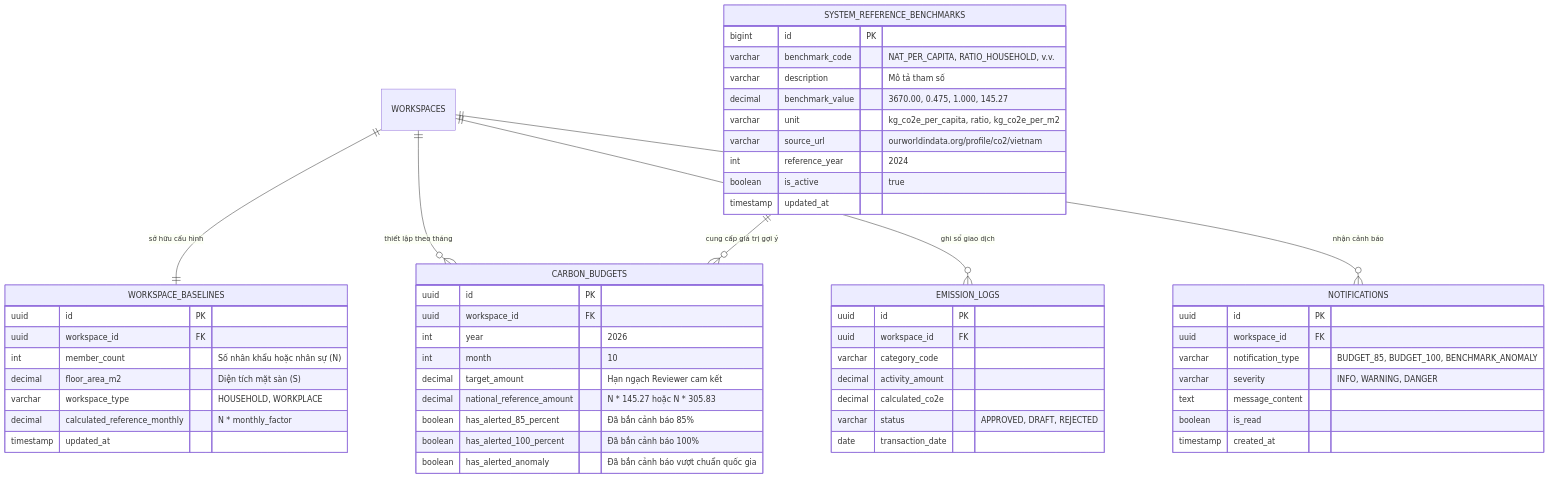
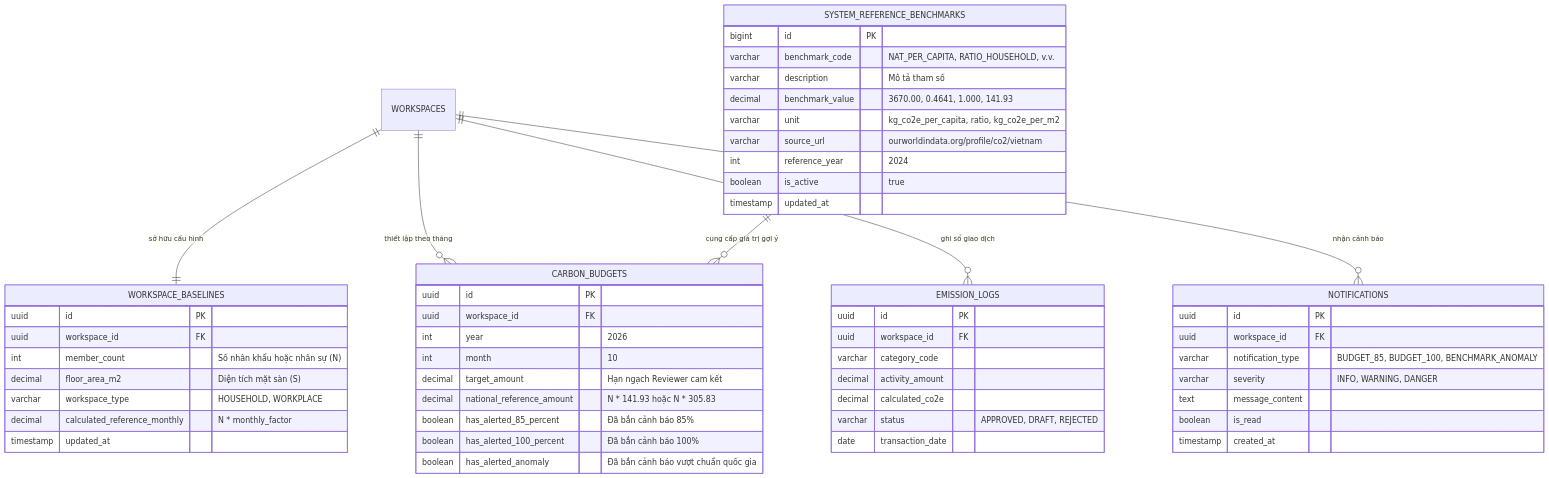
Before and after one commit to DatTienNguyenn/PMDC-BATCH4-DATNT250: the third of 4 diagrams in docs/emission-reference-benchmark.md, drawn with Mermaid. The commit also changed other lines of this file and 5 other files, not shown here.

````diff
--- a/docs/emission-reference-benchmark.md
+++ b/docs/emission-reference-benchmark.md
@@ -377,62 +377,62 @@
 ```mermaid
 erDiagram
     WORKSPACES ||--|| WORKSPACE_BASELINES : "sở hữu cấu hình"
     WORKSPACES ||--o{ CARBON_BUDGETS : "thiết lập theo tháng"
     WORKSPACES ||--o{ EMISSION_LOGS : "ghi sổ giao dịch"
     WORKSPACES ||--o{ NOTIFICATIONS : "nhận cảnh báo"
     SYSTEM_REFERENCE_BENCHMARKS ||--o{ CARBON_BUDGETS : "cung cấp giá trị gợi ý"
 
     SYSTEM_REFERENCE_BENCHMARKS {
         bigint id PK
         varchar benchmark_code "NAT_PER_CAPITA, RATIO_HOUSEHOLD, v.v."
         varchar description "Mô tả tham số"
-        decimal benchmark_value "3670.00, 0.475, 1.000, 145.27"
+        decimal benchmark_value "3670.00, 0.4641, 1.000, 141.93"
         varchar unit "kg_co2e_per_capita, ratio, kg_co2e_per_m2"
         varchar source_url "ourworldindata.org/profile/co2/vietnam"
         int reference_year "2024"
         boolean is_active "true"
         timestamp updated_at
     }
 
     WORKSPACE_BASELINES {
         uuid id PK
         uuid workspace_id FK
         int member_count "Số nhân khẩu hoặc nhân sự (N)"
         decimal floor_area_m2 "Diện tích mặt sàn (S)"
         varchar workspace_type "HOUSEHOLD, WORKPLACE"
         decimal calculated_reference_monthly "N * monthly_factor"
         timestamp updated_at
     }
 
     CARBON_BUDGETS {
         uuid id PK
         uuid workspace_id FK
         int year "2026"
         int month "10"
         decimal target_amount "Hạn ngạch Reviewer cam kết"
-        decimal national_reference_amount "N * 145.27 hoặc N * 305.83"
+        decimal national_reference_amount "N * 141.93 hoặc N * 305.83"
         boolean has_alerted_85_percent "Đã bắn cảnh báo 85%"
         boolean has_alerted_100_percent "Đã bắn cảnh báo 100%"
         boolean has_alerted_anomaly "Đã bắn cảnh báo vượt chuẩn quốc gia"
     }
 
     EMISSION_LOGS {
         uuid id PK
         uuid workspace_id FK
         varchar category_code
         decimal activity_amount
         decimal calculated_co2e
         varchar status "APPROVED, DRAFT, REJECTED"
         date transaction_date
     }
 
     NOTIFICATIONS {
         uuid id PK
         uuid workspace_id FK
         varchar notification_type "BUDGET_85, BUDGET_100, BENCHMARK_ANOMALY"
         varchar severity "INFO, WARNING, DANGER"
         text message_content
         boolean is_read
         timestamp created_at
     }
 ```
````
